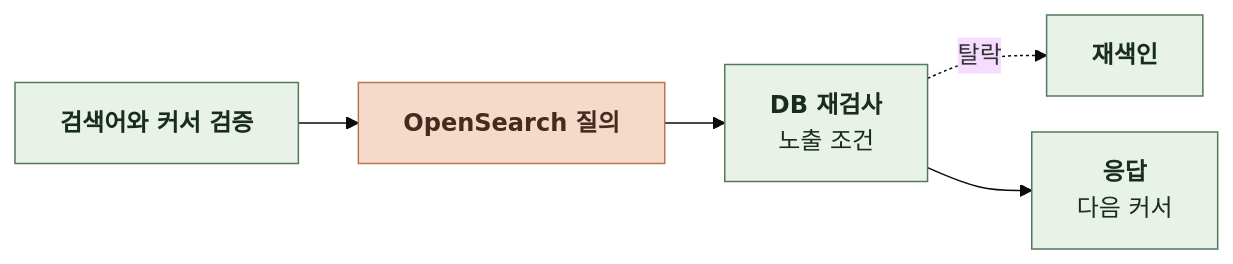
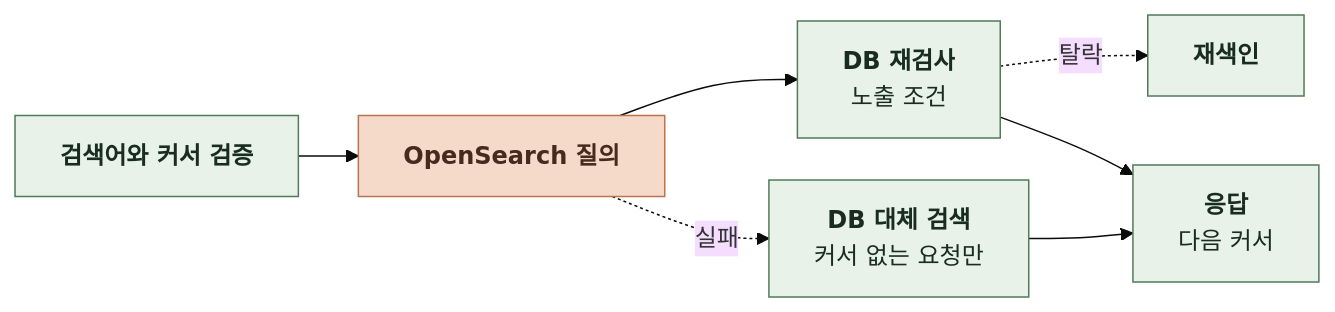
One commit to KIM-N-KANG/knk-harness changed the second of 30 diagrams in docs/domain/STORY/BACKEND/4-1-PIPELINES.md. Above: the diagram before and after it, drawn with Mermaid (base theme). The commit also changed other lines of this file and 10 other files, not shown here.

````diff
--- a/docs/domain/STORY/BACKEND/4-1-PIPELINES.md
+++ b/docs/domain/STORY/BACKEND/4-1-PIPELINES.md
@@ -87,12 +87,14 @@
 ```mermaid
 %%{init: {"flowchart": {"curve": "basis", "htmlLabels": true, "nodeSpacing": 24, "rankSpacing": 40}}}%%
 flowchart LR
     A["<b>검색어와 커서 검증</b>"] --> B["<b>OpenSearch 질의</b>"]
     B --> C["<b>DB 재검사</b><br/>노출 조건"]
+    B -.->|실패| F["<b>DB 대체 검색</b><br/>커서 없는 요청만"]
     C -.->|탈락| R["<b>재색인</b>"]
     C --> D["<b>응답</b><br/>다음 커서"]
+    F --> D
     classDef comp fill:#E8F2E8,stroke:#527A59,color:#182D1D
     classDef task fill:#F5D9C9,stroke:#B97450,color:#452B1D
-    class A,C,D,R comp
+    class A,C,D,F,R comp
     class B task
 ```
````
